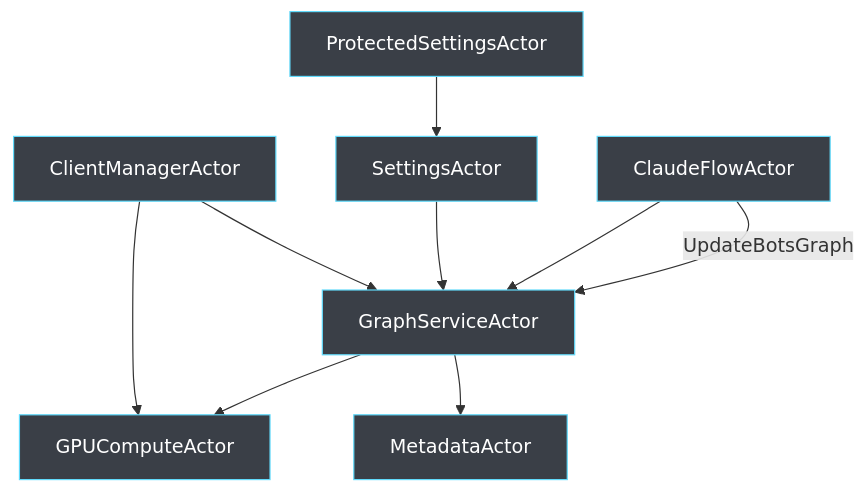
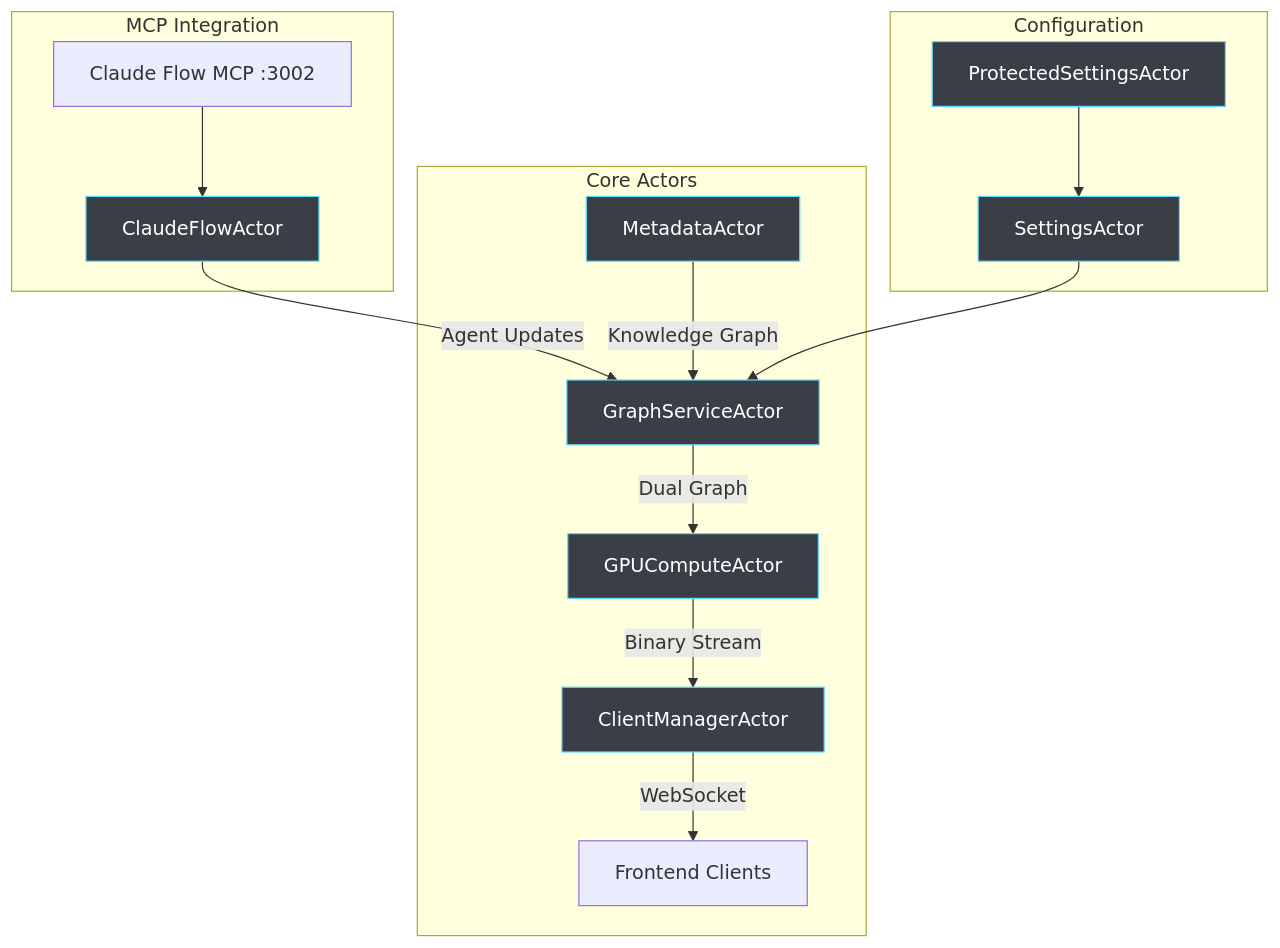
One commit to DreamLab-AI/VisionFlow changed the first of 3 diagrams in docs/server/actors.md. Above: the diagram before and after it, drawn with Mermaid. The commit also changed other lines of this file and 4 other files, not shown here.

````diff
--- a/docs/server/actors.md
+++ b/docs/server/actors.md
@@ -11,19 +11,27 @@
 ```mermaid
 graph TB
-    CM[ClientManagerActor] --> GS[GraphServiceActor]
-    CM --> GPU[GPUComputeActor]
-    GS --> GPU
-    GS --> MA[MetadataActor]
-    SA[SettingsActor] --> GS
-    PSA[ProtectedSettingsActor] --> SA
-    CFA[ClaudeFlowActor] --> GS
-    CFA --> |UpdateBotsGraph| GS
+    subgraph "MCP Integration"
+        MCP[Claude Flow MCP :3002] --> CFA[ClaudeFlowActor]
+    end
+    
+    subgraph "Core Actors"
+        CFA --> |Agent Updates| GS[GraphServiceActor]
+        MA[MetadataActor] --> |Knowledge Graph| GS
+        GS --> |Dual Graph| GPU[GPUComputeActor]
+        GPU --> |Binary Stream| CM[ClientManagerActor]
+        CM --> |WebSocket| WS[Frontend Clients]
+    end
+    
+    subgraph "Configuration"
+        SA[SettingsActor] --> GS
+        PSA[ProtectedSettingsActor] --> SA
+    end
     
     style CM fill:#3A3F47,stroke:#61DAFB,color:#FFFFFF
     style GS fill:#3A3F47,stroke:#61DAFB,color:#FFFFFF
     style GPU fill:#3A3F47,stroke:#61DAFB,color:#FFFFFF
     style MA fill:#3A3F47,stroke:#61DAFB,color:#FFFFFF
     style SA fill:#3A3F47,stroke:#61DAFB,color:#FFFFFF
     style PSA fill:#3A3F47,stroke:#61DAFB,color:#FFFFFF
     style CFA fill:#3A3F47,stroke:#61DAFB,color:#FFFFFF
 ```
````
